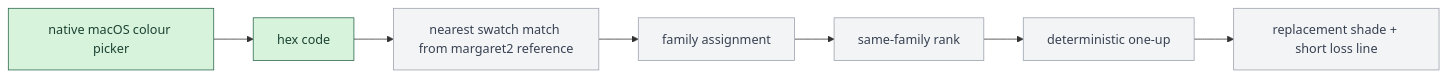
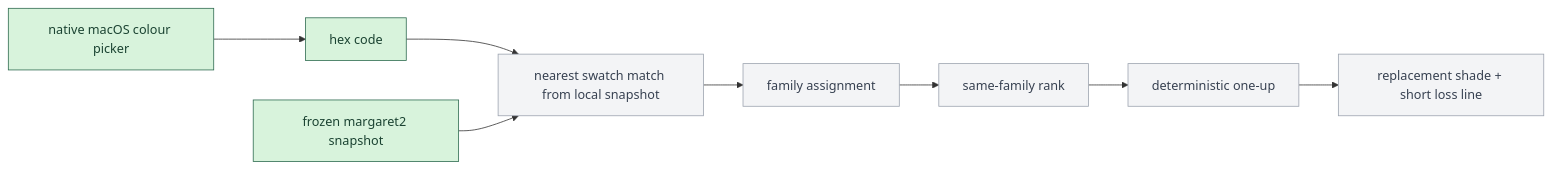
The diagram in docs/diagrams/PIPELINE.md (tryskian/huemiliator), drawn with Mermaid before and after one commit. The commit also changed other lines of this file and 14 other files, not shown here.

Commit message:
Freeze swatch reference snapshot (#23)

````diff
--- a/docs/diagrams/PIPELINE.md
+++ b/docs/diagrams/PIPELINE.md
@@ -8,17 +8,19 @@
 ```mermaid
 flowchart LR
   A["native macOS colour picker"]
   B["hex code"]
-  C["nearest swatch match from margaret2 reference"]
+  S["frozen margaret2 snapshot"]
+  C["nearest swatch match from local snapshot"]
   D["family assignment"]
   E["same-family rank"]
   F["deterministic one-up"]
   G["replacement shade + short loss line"]
 
   A --> B --> C --> D --> E --> F --> G
+  S --> C
 
   classDef implemented fill:#d8f3dc,stroke:#2d6a4f,color:#1b4332
   classDef pending fill:#f3f4f6,stroke:#9ca3af,color:#374151
-  class A,B implemented
+  class A,B,S implemented
   class C,D,E,F,G pending
 ```
````
